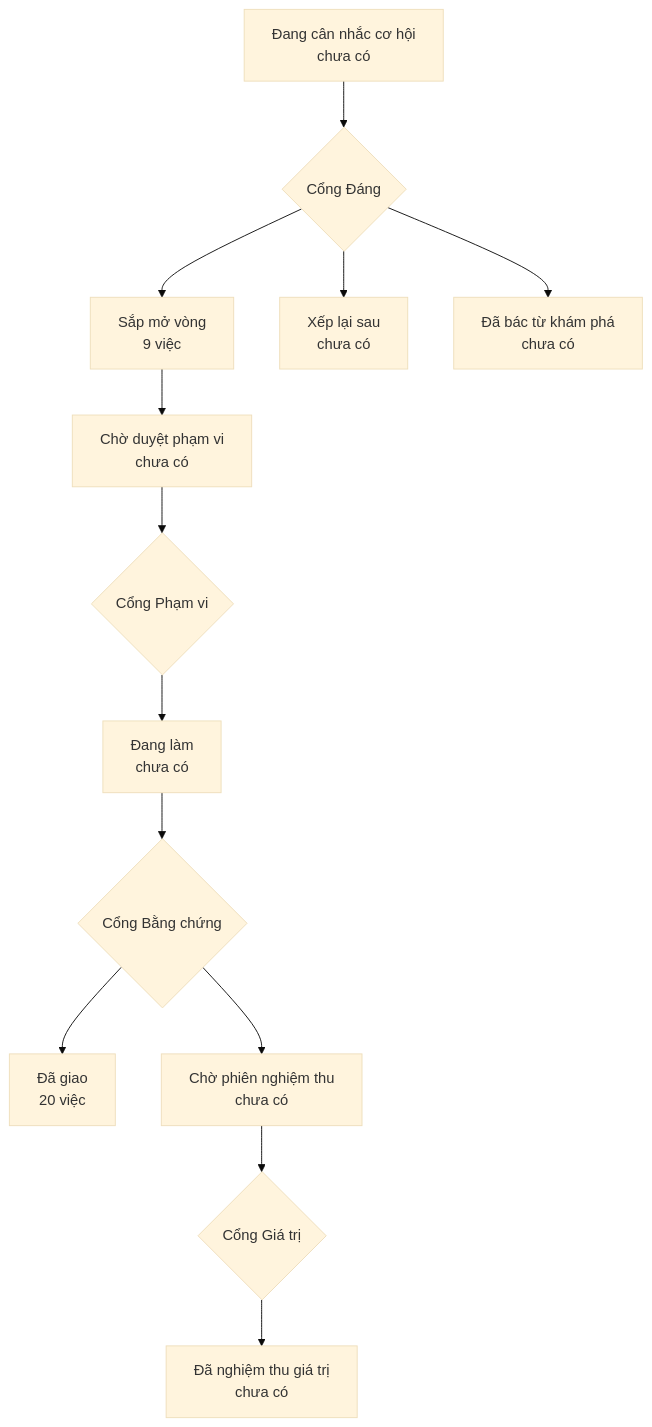
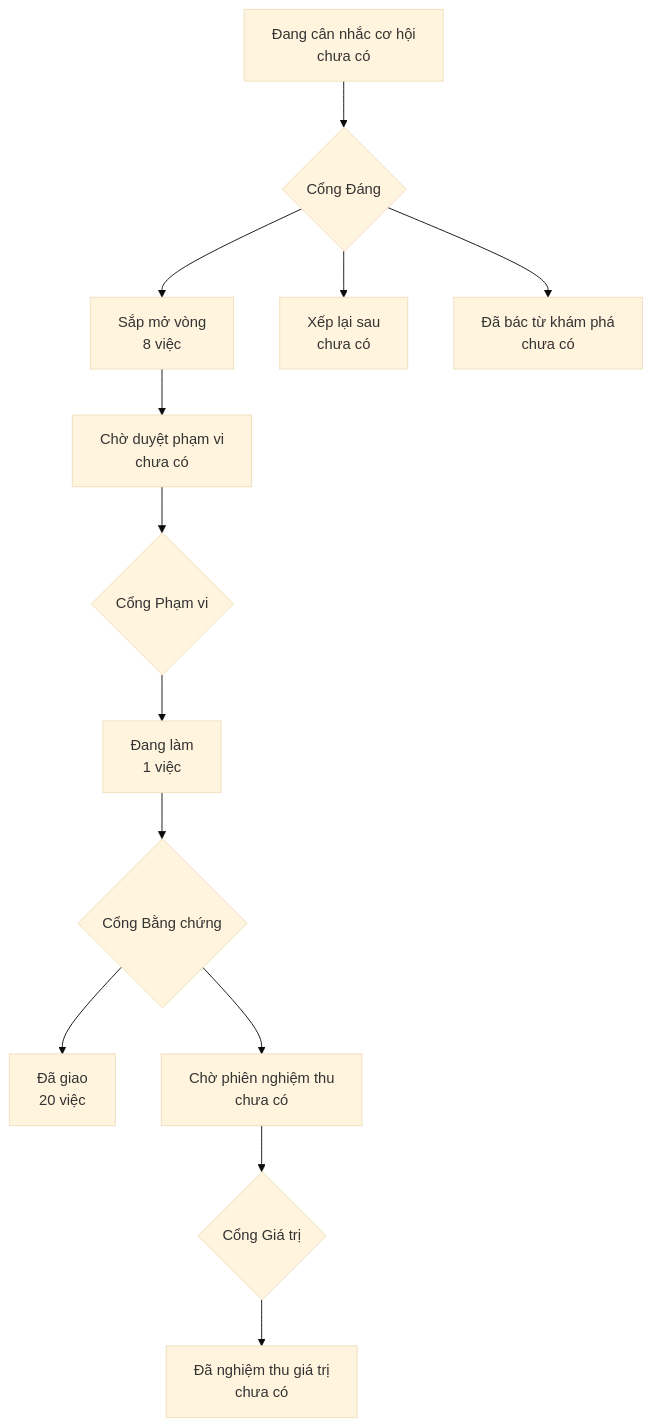
The diagram in PRODUCT-MAP.md (phanlemanh/onehub-invest), drawn with Mermaid (base theme) before and after one commit. The commit also changed other lines of this file and 3 other files, not shown here.

````diff
--- a/PRODUCT-MAP.md
+++ b/PRODUCT-MAP.md
@@ -7,12 +7,12 @@
 ```mermaid
 flowchart TD
   A["Đang cân nhắc cơ hội<br/>chưa có"] --> GD{"Cổng Đáng"}
-  GD --> B["Sắp mở vòng<br/>9 việc"]
+  GD --> B["Sắp mở vòng<br/>8 việc"]
   GD --> XL["Xếp lại sau<br/>chưa có"]
   GD --> DB["Đã bác từ khám phá<br/>chưa có"]
   B --> CD["Chờ duyệt phạm vi<br/>chưa có"] --> GP{"Cổng Phạm vi"}
-  GP --> DL["Đang làm<br/>chưa có"] --> GB{"Cổng Bằng chứng"}
+  GP --> DL["Đang làm<br/>1 việc"] --> GB{"Cổng Bằng chứng"}
   GB --> DG["Đã giao<br/>20 việc"]
   GB --> CN["Chờ phiên nghiệm thu<br/>chưa có"] --> GG{"Cổng Giá trị"}
   GG --> NT["Đã nghiệm thu giá trị<br/>chưa có"]
 ```
````
